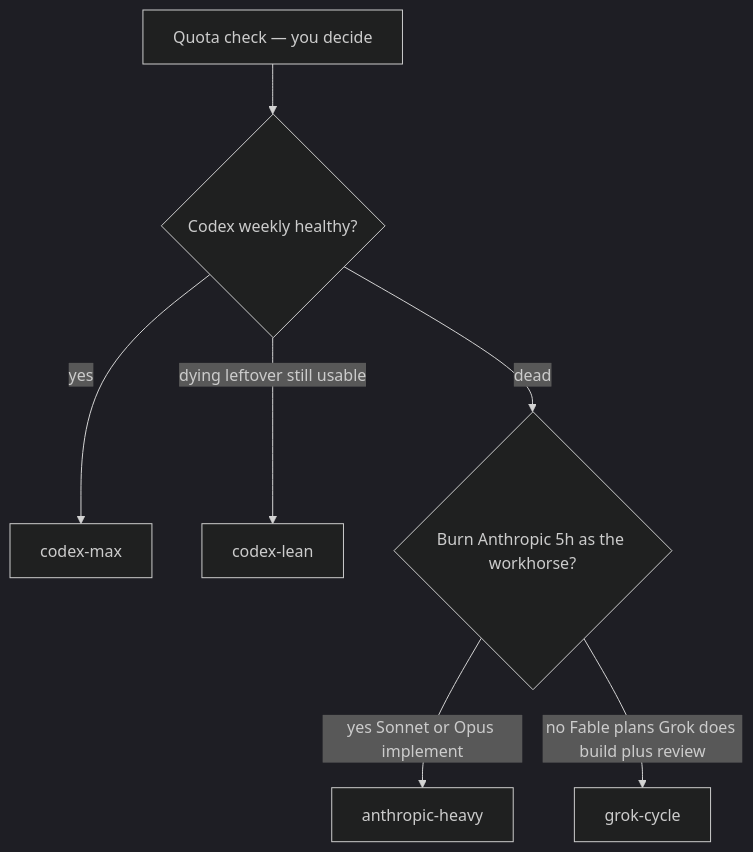
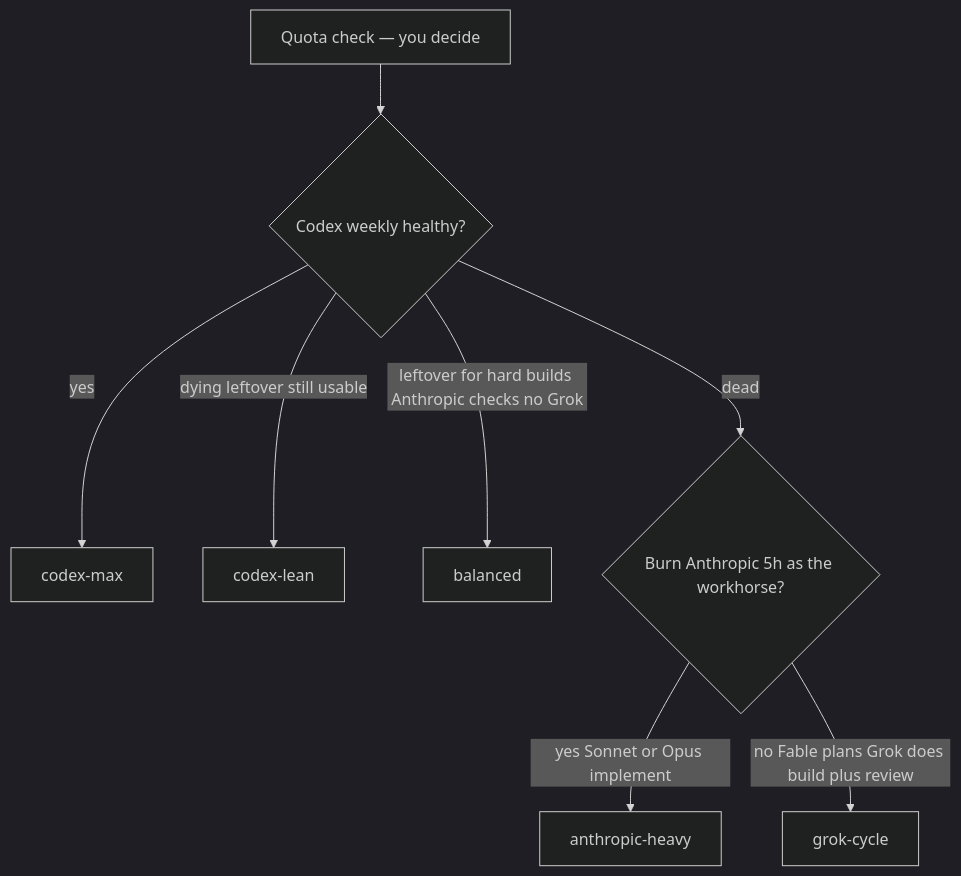
One commit to nourhelmi/pi-meta-harness changed the third of 3 diagrams in README.md. Above: the diagram before and after it, drawn with Mermaid. The commit also changed other lines of this file and 6 other files, not shown here.

First line of the commit message:
feat(intelligence): add balanced profile — Codex builds hard, Anthropic checks

````diff
--- a/README.md
+++ b/README.md
@@ -156,13 +156,14 @@
 ```mermaid
 ---
 config:
   theme: dark
 ---
 flowchart TD
   Start[Quota check — you decide] --> CodexQ{Codex weekly healthy?}
   CodexQ -->|yes| UseCM[codex-max]
   CodexQ -->|dying leftover still usable| UseCL[codex-lean]
+  CodexQ -->|leftover for hard builds Anthropic checks no Grok| UseBA[balanced]
   CodexQ -->|dead| AnthQ{Burn Anthropic 5h as the workhorse?}
   AnthQ -->|yes Sonnet or Opus implement| UseAH[anthropic-heavy]
   AnthQ -->|no Fable plans Grok does build plus review| UseGC[grok-cycle]
 ```
````
